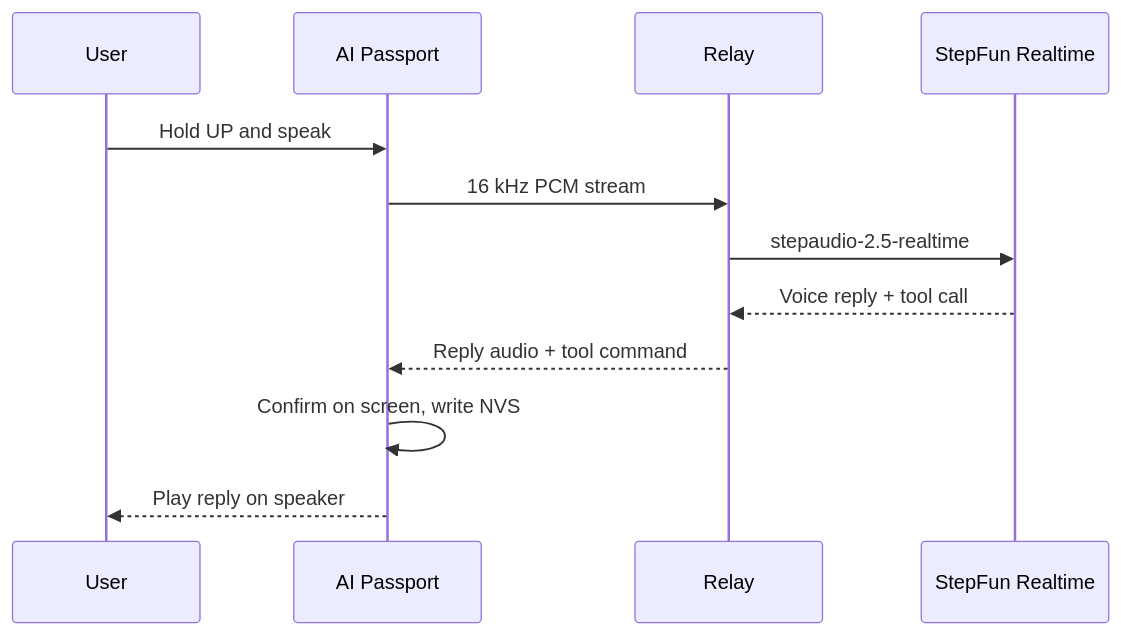
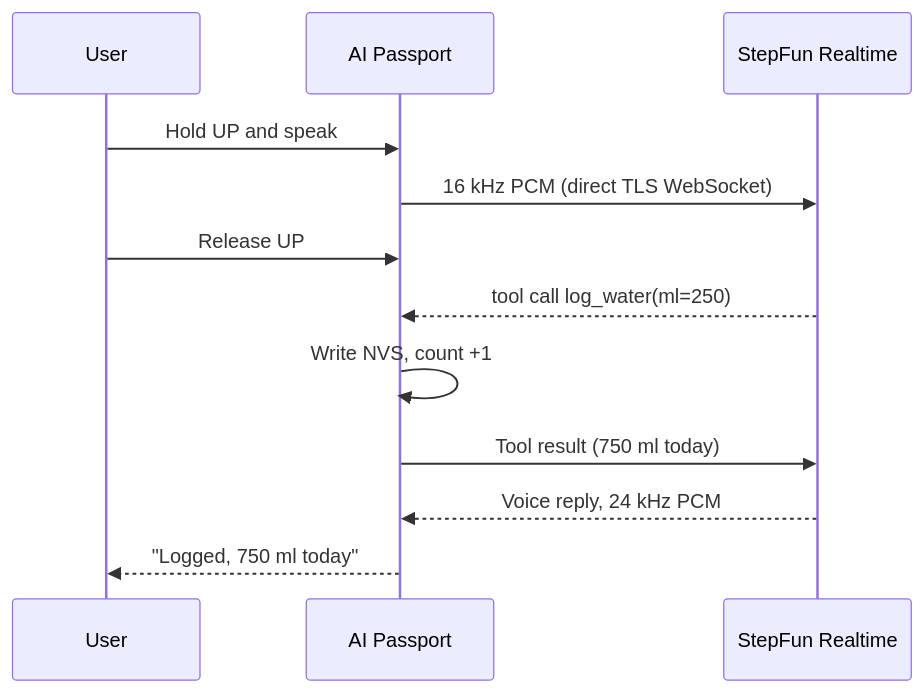
The diagram in README.md (iFwu/passport-health-buddy), drawn with Mermaid before and after one commit. The commit also changed other lines of this file and 11 other files, not shown here.

Commit message:
docs: plan direct StepFun Realtime voice on a Qoder-Passport base

````diff
--- a/README.md
+++ b/README.md
@@ -23,14 +23,14 @@
 ```mermaid
 sequenceDiagram
     participant U as User
     participant D as AI Passport
-    participant R as Relay
     participant S as StepFun Realtime
     U->>D: Hold UP and speak
-    D->>R: 16 kHz PCM stream
-    R->>S: stepaudio-2.5-realtime
-    S-->>R: Voice reply + tool call
-    R-->>D: Reply audio + tool command
-    D->>D: Confirm on screen, write NVS
-    D-->>U: Play reply on speaker
+    D->>S: 16 kHz PCM (direct TLS WebSocket)
+    U->>D: Release UP
+    S-->>D: tool call log_water(ml=250)
+    D->>D: Write NVS, count +1
+    D->>S: Tool result (750 ml today)
+    S-->>D: Voice reply, 24 kHz PCM
+    D-->>U: "Logged, 750 ml today"
 ```
````
